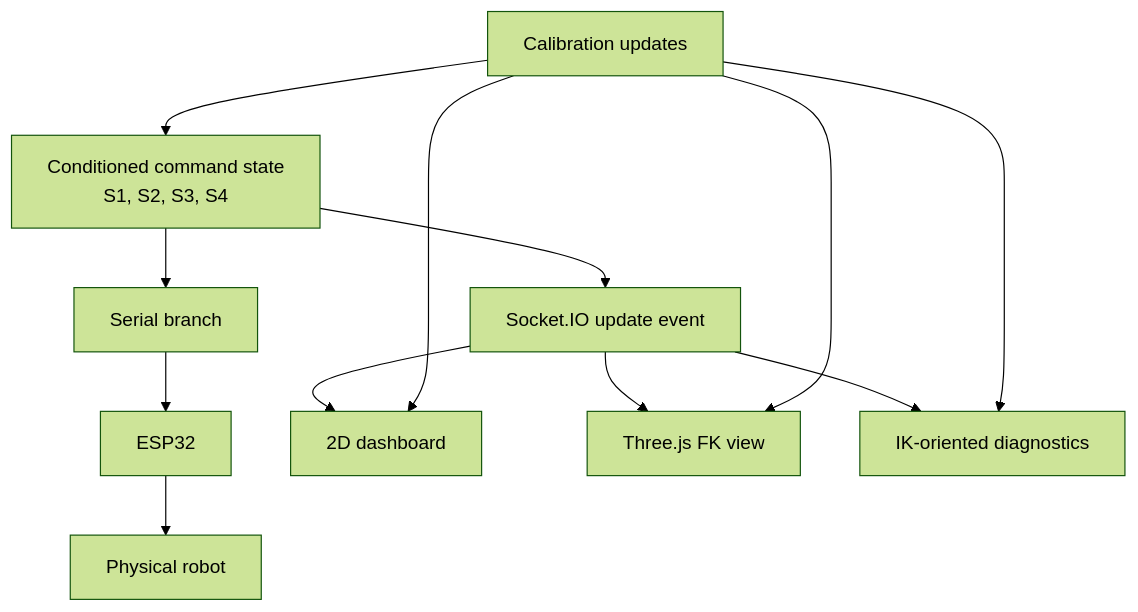
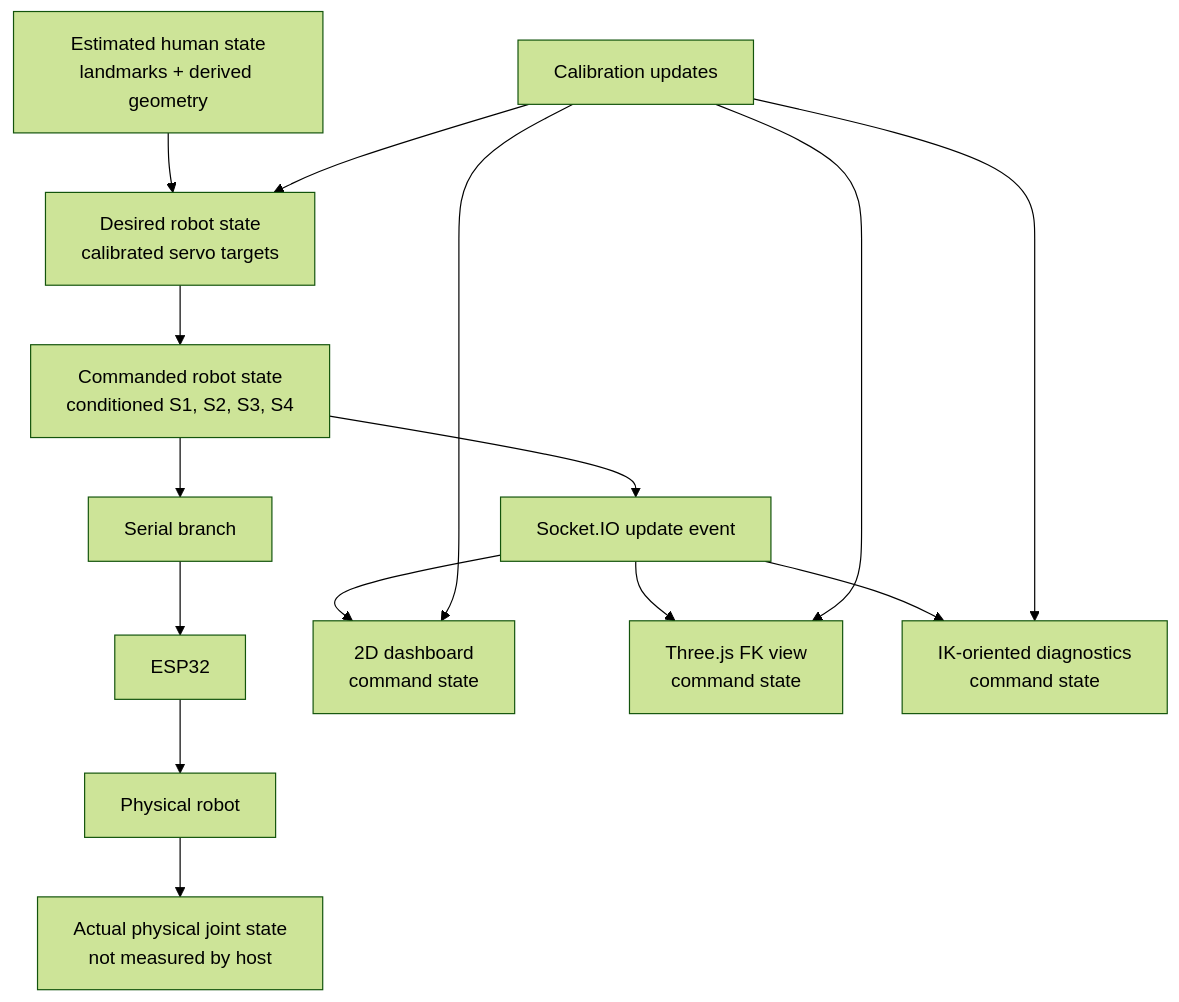
The sixth of 8 diagrams in README.md (adithya-a-labs/gesture-controlled-robotic-arm), drawn with Mermaid (forest theme) before and after one commit. The commit also changed other lines of this file, not shown here.

```diff
--- a/README.md
+++ b/README.md
@@ -400,13 +575,16 @@
 ~~~mermaid
 flowchart TD
-    C["Conditioned command state<br/>S1, S2, S3, S4"] --> H["Serial branch"]
+    P["Estimated human state<br/>landmarks + derived geometry"] --> D["Desired robot state<br/>calibrated servo targets"]
+    D --> C["Commanded robot state<br/>conditioned S1, S2, S3, S4"]
+    C --> H["Serial branch"]
     H --> E["ESP32"] --> R["Physical robot"]
+    R --> A["Actual physical joint state<br/>not measured by host"]
     C --> W["Socket.IO update event"]
-    W --> T["2D dashboard"]
-    W --> F["Three.js FK view"]
-    W --> I["IK-oriented diagnostics"]
-    Q["Calibration updates"] --> C
+    W --> T["2D dashboard<br/>command state"]
+    W --> F["Three.js FK view<br/>command state"]
+    W --> I["IK-oriented diagnostics<br/>command state"]
+    Q["Calibration updates"] --> D
     Q --> T
     Q --> F
     Q --> I
 ~~~
```
